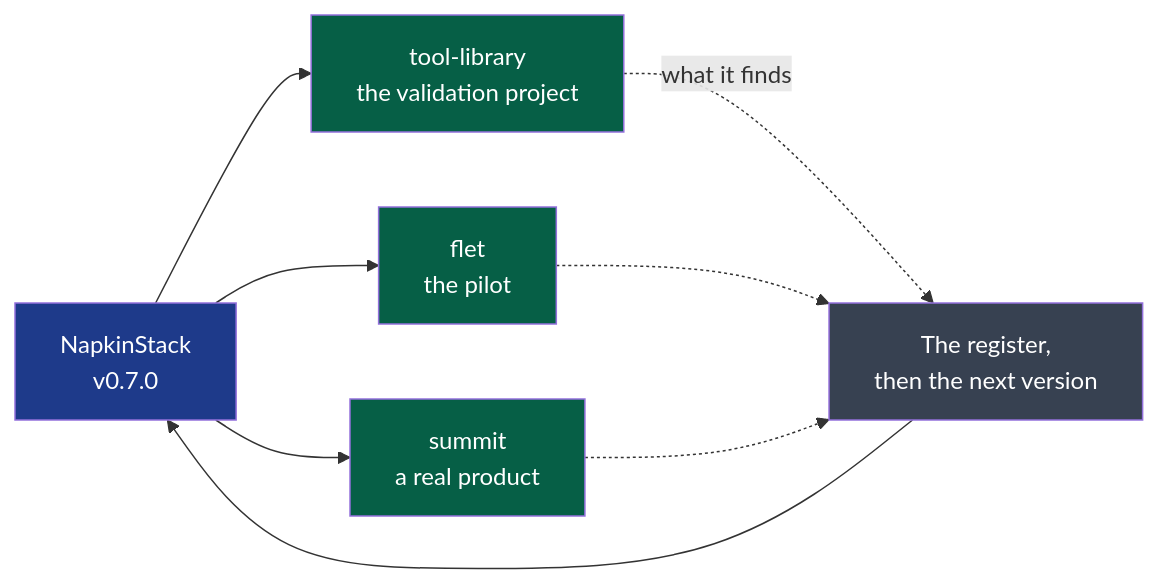
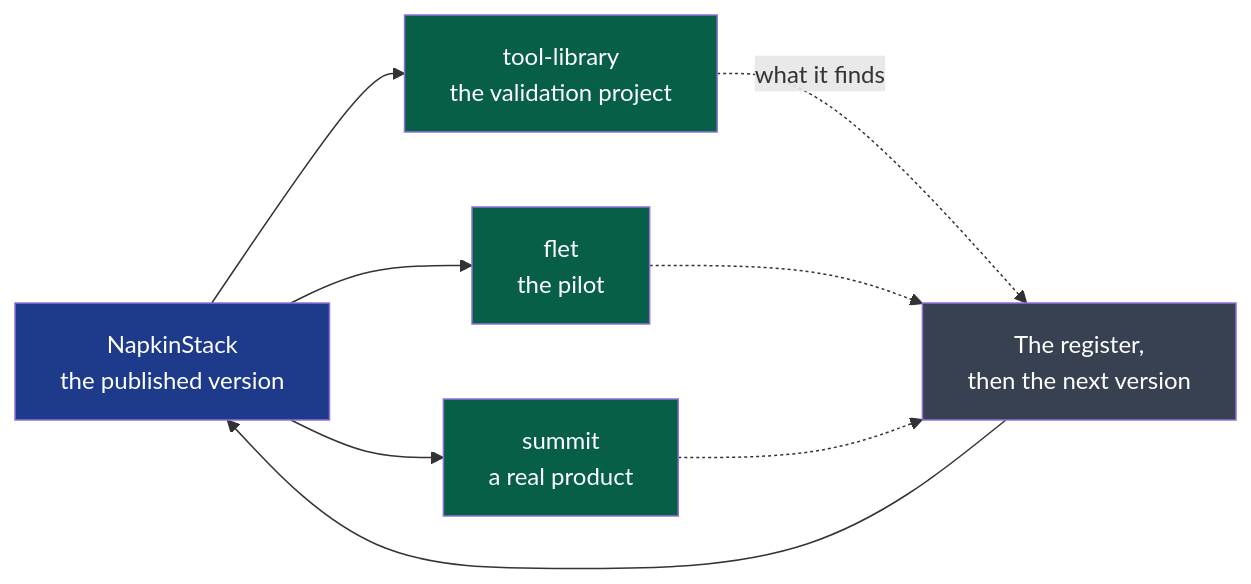
The second of 2 diagrams in PRODUCT.md (NapkinStack/engineering-os), drawn with Mermaid before and after one commit. The commit also changed other lines of this file and 4 other files, not shown here.

````diff
--- a/PRODUCT.md
+++ b/PRODUCT.md
@@ -196,14 +196,14 @@
 ```mermaid
 flowchart LR
-    F["NapkinStack<br/>v0.7.0"]:::fw --> T["tool-library<br/>the validation project"]:::pr
+    F["NapkinStack<br/>the published version"]:::fw --> T["tool-library<br/>the validation project"]:::pr
     F --> P["flet<br/>the pilot"]:::pr
     F --> S["summit<br/>a real product"]:::pr
     T -.->|"what it finds"| R["The register,<br/>then the next version"]:::rec
     P -.-> R
     S -.-> R
     R --> F
 
     classDef fw fill:#1e3a8a,color:#fff
     classDef pr fill:#065f46,color:#fff
     classDef rec fill:#374151,color:#fff
 ```
````
